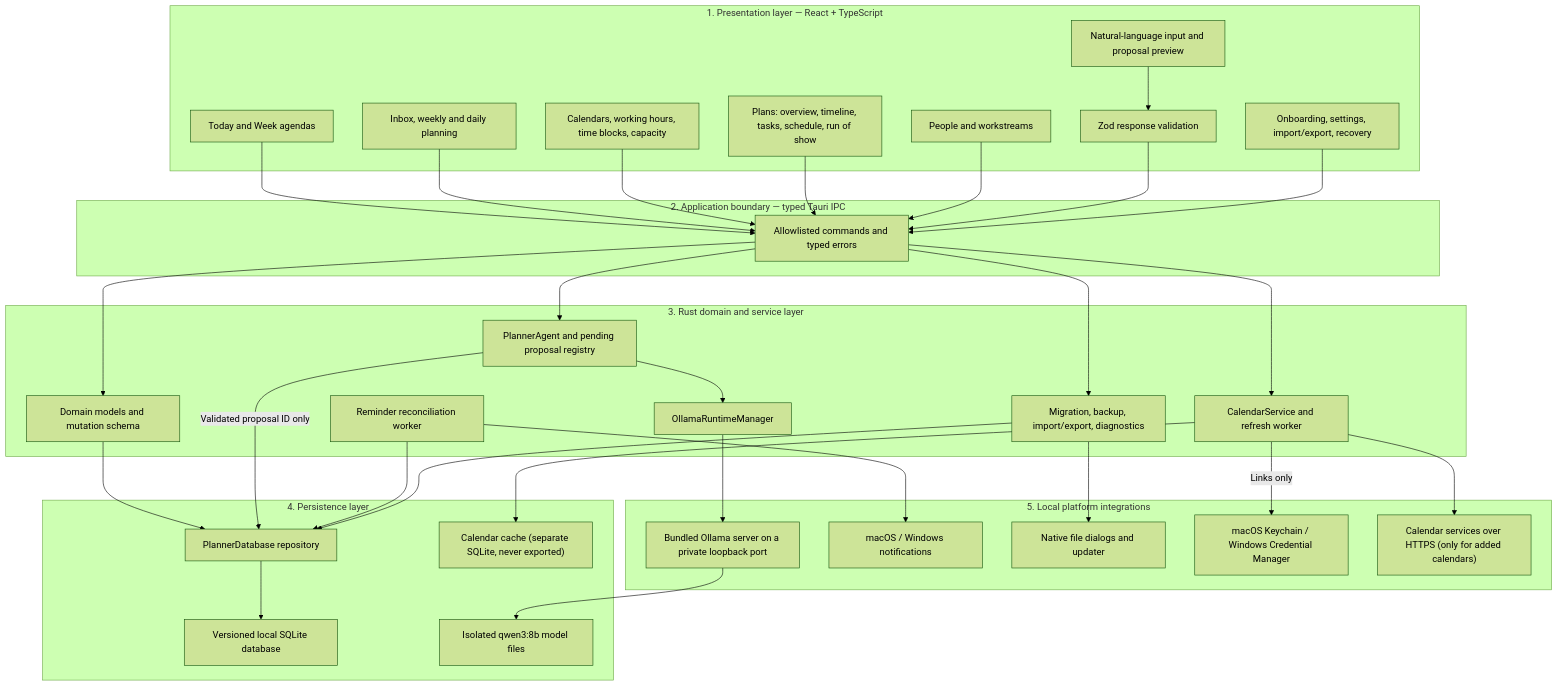
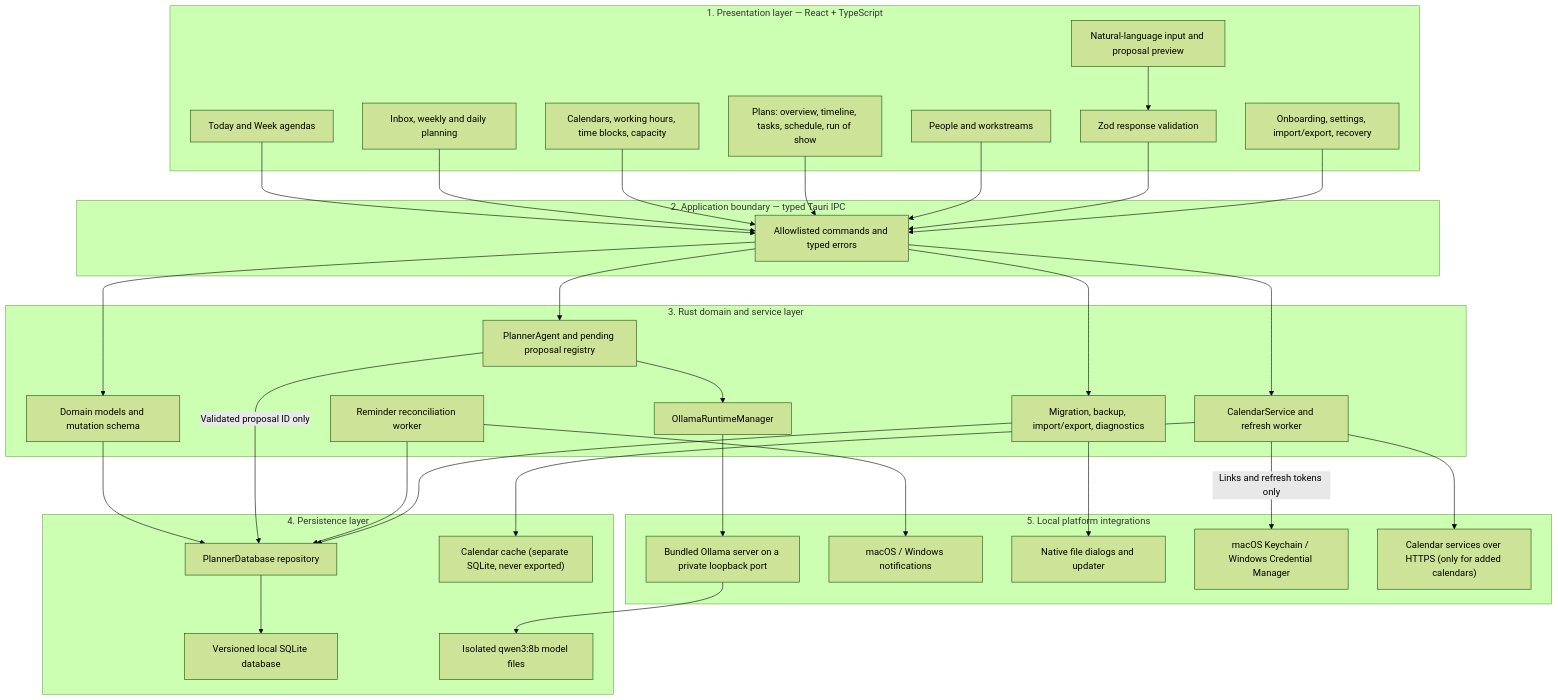
The first of 3 diagrams in README.md (Von-Van/DelvePlanner), drawn with Mermaid (forest theme) before and after one commit. The commit also changed other lines of this file and 26 other files, not shown here.

````diff
--- a/README.md
+++ b/README.md
@@ -32,64 +32,64 @@
 ```mermaid
 flowchart TB
   subgraph presentation["1. Presentation layer — React + TypeScript"]
     Agenda["Today and Week agendas"]
     Sessions["Inbox, weekly and daily planning"]
     CalendarsUI["Calendars, working hours, time blocks, capacity"]
     Plans["Plans: overview, timeline, tasks, schedule, run of show"]
     People["People and workstreams"]
     PlannerUI["Natural-language input and proposal preview"]
     Settings["Onboarding, settings, import/export, recovery"]
     Boundary["Zod response validation"]
   end
 
   subgraph ipc["2. Application boundary — typed Tauri IPC"]
     Commands["Allowlisted commands and typed errors"]
   end
 
   subgraph domain["3. Rust domain and service layer"]
     Models["Domain models and mutation schema"]
     Agent["PlannerAgent and pending proposal registry"]
     Runtime["OllamaRuntimeManager"]
     Reminder["Reminder reconciliation worker"]
     CalendarSvc["CalendarService and refresh worker"]
     Files["Migration, backup, import/export, diagnostics"]
   end
 
   subgraph persistence["4. Persistence layer"]
     Repo["PlannerDatabase repository"]
     SQLite["Versioned local SQLite database"]
     ModelStore["Isolated qwen3:8b model files"]
     CalendarCache["Calendar cache (separate SQLite, never exported)"]
   end
 
   subgraph native["5. Local platform integrations"]
     Ollama["Bundled Ollama server on a private loopback port"]
     Notifications["macOS / Windows notifications"]
     Dialogs["Native file dialogs and updater"]
     Keychain["macOS Keychain / Windows Credential Manager"]
     CalendarServices["Calendar services over HTTPS (only for added calendars)"]
   end
 
   Agenda --> Commands
   Sessions --> Commands
   CalendarsUI --> Commands
   Plans --> Commands
   People --> Commands
   PlannerUI --> Boundary --> Commands
   Settings --> Commands
   Commands --> Models
   Commands --> Agent
   Commands --> Files
   Commands --> CalendarSvc
   CalendarSvc --> CalendarCache
-  CalendarSvc -->|"Links only"| Keychain
+  CalendarSvc -->|"Links and refresh tokens only"| Keychain
   CalendarSvc --> CalendarServices
   Agent --> Runtime --> Ollama
   Ollama --> ModelStore
   Models --> Repo --> SQLite
   Agent -->|"Validated proposal ID only"| Repo
   Reminder --> Repo
   Reminder --> Notifications
   Files --> Repo
   Files --> Dialogs
 ```
````
